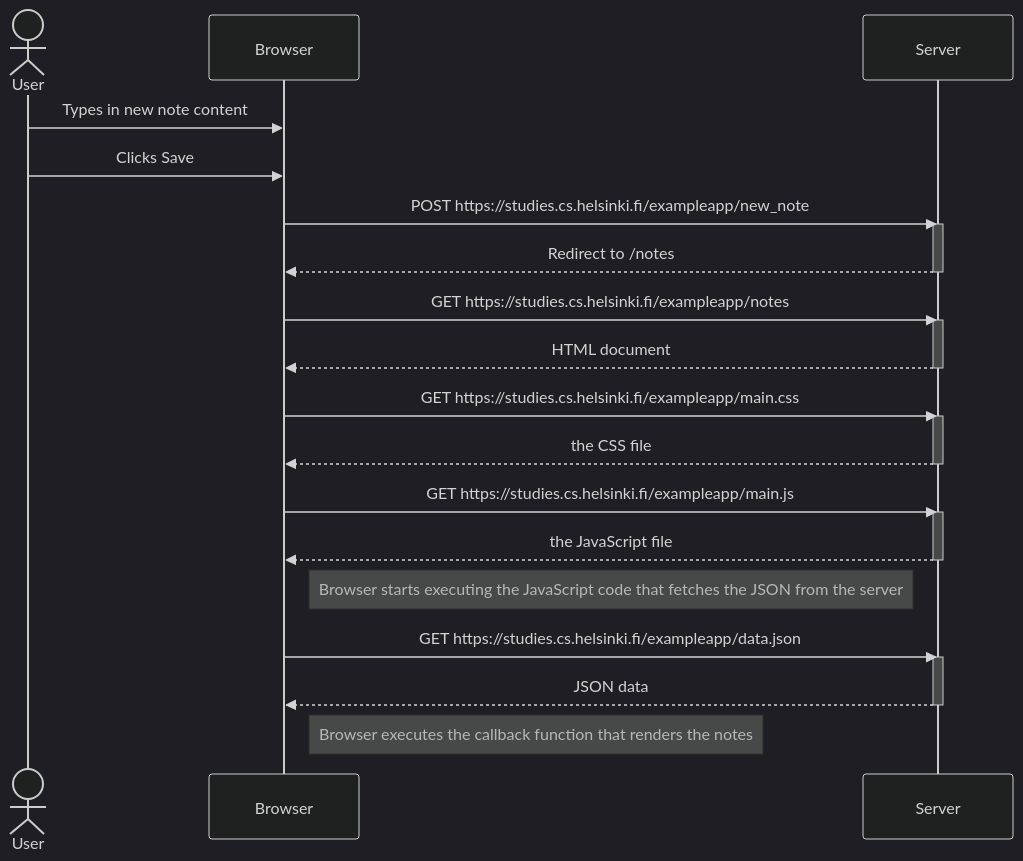
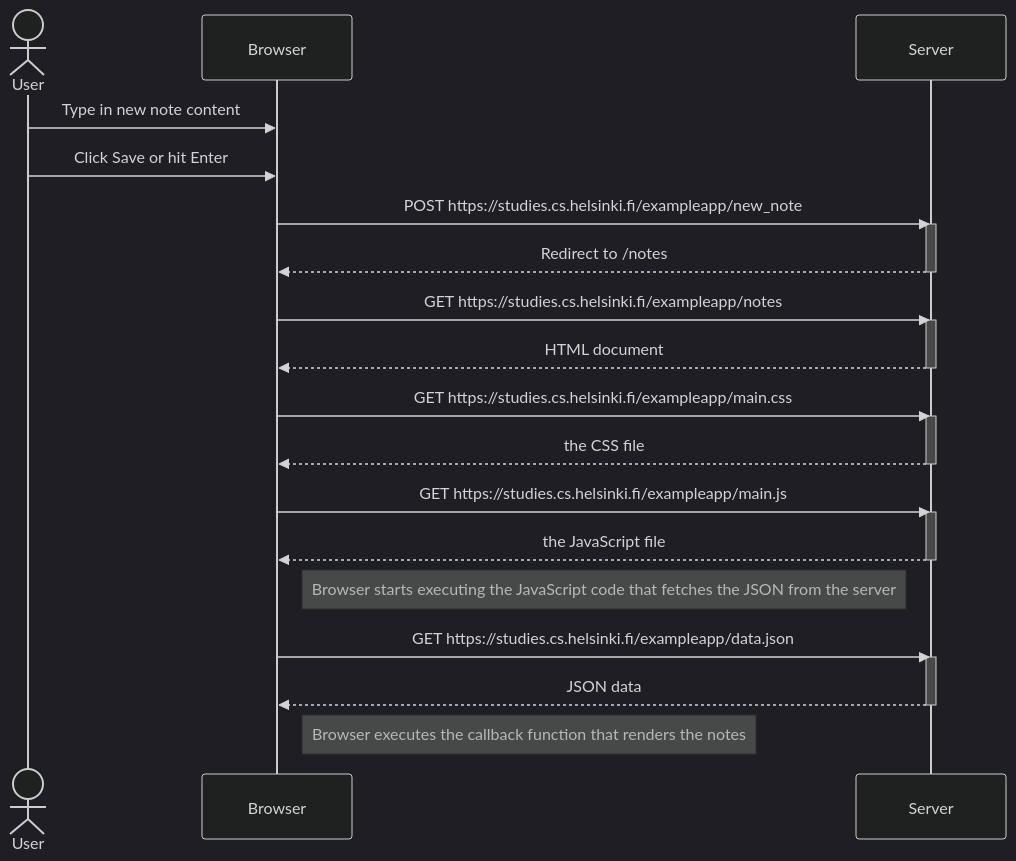
The diagram in part0/exercise0_4.md (nhutlong-nguyen/fullstackopen), drawn with Mermaid (dark theme) before and after one commit.

Commit message:
edit user action in ex4

````diff
--- a/part0/exercise0_4.md
+++ b/part0/exercise0_4.md
@@ -1,39 +1,38 @@
 ```mermaid
 sequenceDiagram
     actor User
     participant Browser
     participant Server
     
-    User->>Browser: Types in new note content
-    User->>Browser: Clicks Save
+    User->>Browser: Type in new note content
+    User->>Browser: Click Save or hit Enter
 
     Browser->>Server: POST https://studies.cs.helsinki.fi/exampleapp/new_note
     activate Server
     Server-->>Browser: Redirect to /notes
     deactivate Server
 
     Browser->>Server: GET https://studies.cs.helsinki.fi/exampleapp/notes
     activate Server
     Server-->>Browser: HTML document
     deactivate Server
 
     Browser->>Server: GET https://studies.cs.helsinki.fi/exampleapp/main.css
     activate Server
     Server-->>Browser: the CSS file
     deactivate Server
 
     Browser->>Server: GET https://studies.cs.helsinki.fi/exampleapp/main.js
     activate Server
     Server-->>Browser: the JavaScript file
     deactivate Server
 
     Note right of Browser: Browser starts executing the JavaScript code that fetches the JSON from the server
 
     Browser->>Server: GET https://studies.cs.helsinki.fi/exampleapp/data.json
     activate Server
     Server-->>Browser: JSON data
     deactivate Server
 
     Note right of Browser: Browser executes the callback function that renders the notes
-
 ```
````
